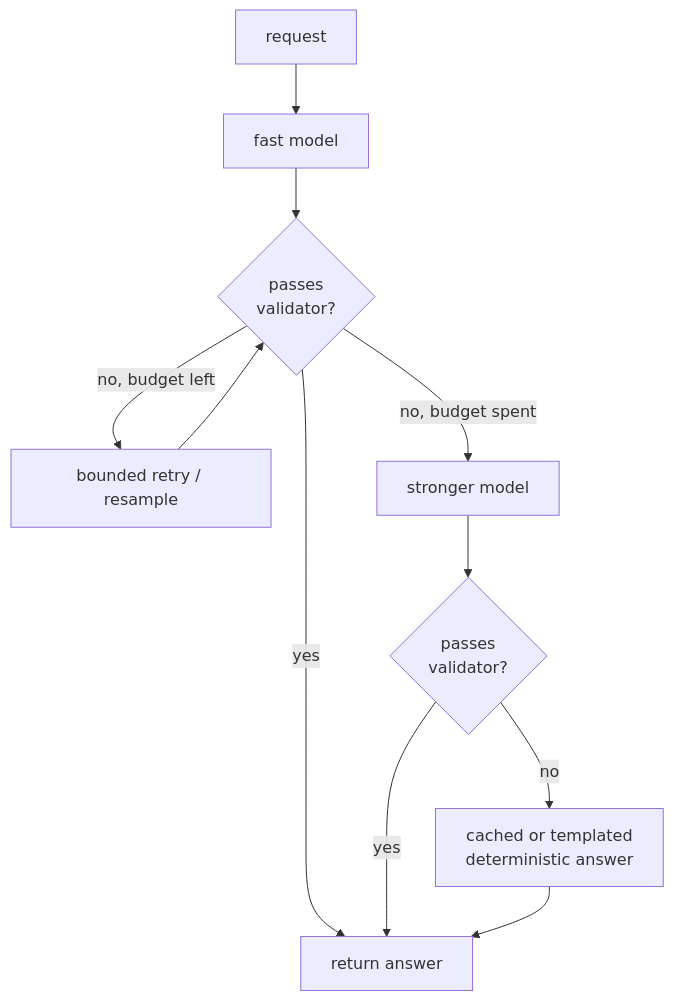
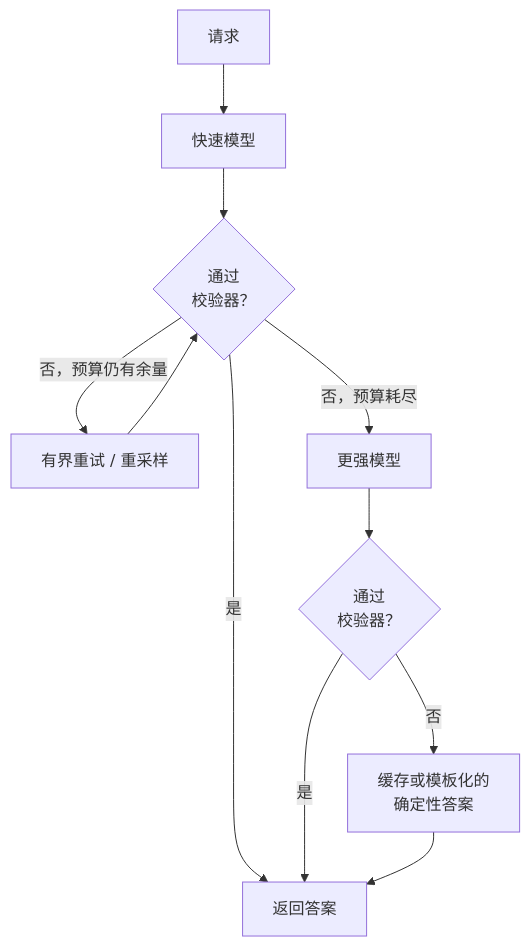
One commit to latere-ai/ai-as-an-infrastructure changed the first of 2 diagrams in zh/practice/10-reliability-nondeterministic.qmd. Above: the diagram before and after it, drawn with Mermaid. The commit also changed other lines of this file and 273 other files, not shown here.

Commit message:
docs: localize Chinese diagrams

````diff
--- a/zh/practice/10-reliability-nondeterministic.qmd
+++ b/zh/practice/10-reliability-nondeterministic.qmd
@@ -69,15 +69,15 @@
 ```{mermaid}
 %%| label: fig-reliability-fallback
 %%| fig-cap: "回退链是第二次机会的有序集合。每一环只在前一环未通过其校验器时才被尝试，而次序以渐增的成本与延迟换取渐增的可靠性。末端那一环是一条本身不会答不出来的确定性路径。"
 flowchart TD
-  req["request"] --> cheap["fast model"]
-  cheap --> v1{"passes<br/>validator?"}
-  v1 -->|yes| done["return answer"]
-  v1 -->|no, budget left| retry["bounded retry / resample"]
+  req["请求"] --> cheap["快速模型"]
+  cheap --> v1{"通过<br/>校验器？"}
+  v1 -->|是| done["返回答案"]
+  v1 -->|否，预算仍有余量| retry["有界重试 / 重采样"]
   retry --> v1
-  v1 -->|no, budget spent| strong["stronger model"]
-  strong --> v2{"passes<br/>validator?"}
-  v2 -->|yes| done
-  v2 -->|no| det["cached or templated<br/>deterministic answer"]
+  v1 -->|否，预算耗尽| strong["更强模型"]
+  strong --> v2{"通过<br/>校验器？"}
+  v2 -->|是| done
+  v2 -->|否| det["缓存或模板化的<br/>确定性答案"]
   det --> done
 ```
````
